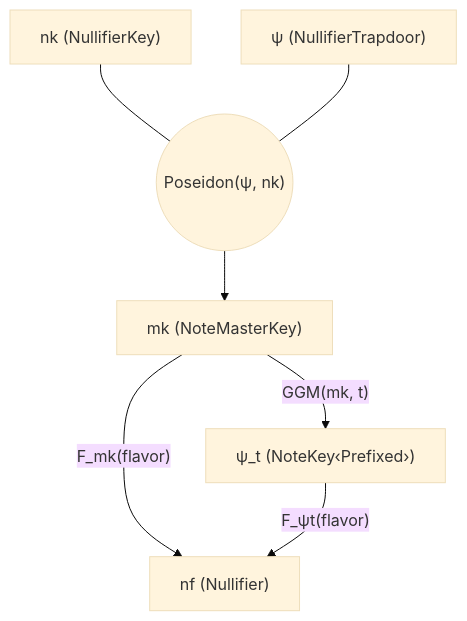
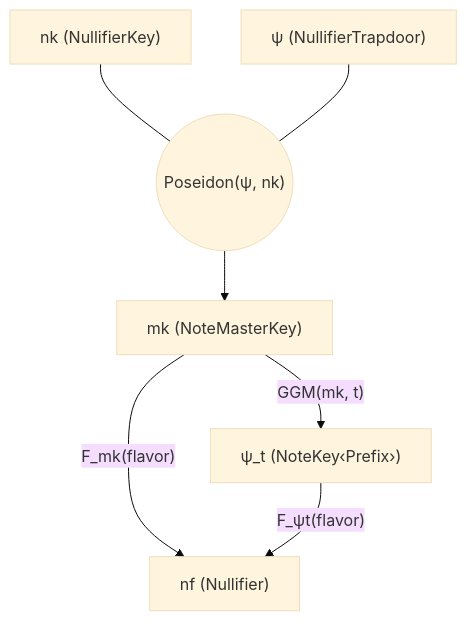
One commit to tachyon-zcash/tachyon changed the diagram in book/src/notes.md. Above: the diagram before and after it, drawn with Mermaid (base theme). The commit also changed other lines of this file and 20 other files, not shown here.

````diff
--- a/book/src/notes.md
+++ b/book/src/notes.md
@@ -38,14 +38,14 @@
 ```mermaid
 flowchart TB
     nk["nk (NullifierKey)"]
     psi["ψ (NullifierTrapdoor)"]
     mk["mk (NoteMasterKey)"]
     nf["nf (Nullifier)"]
-    psi_t["ψ_t (NoteKey‹Prefixed›)"]
+    psi_t["ψ_t (NoteKey‹Prefix›)"]
     kdf(("Poseidon(ψ, nk)"))
 
     nk & psi ---  kdf --> mk
     mk -->|"F_mk(flavor)"| nf
     mk -->|"GGM(mk, t)"| psi_t
     psi_t -->|"F_ψt(flavor)"| nf
 ```
````
